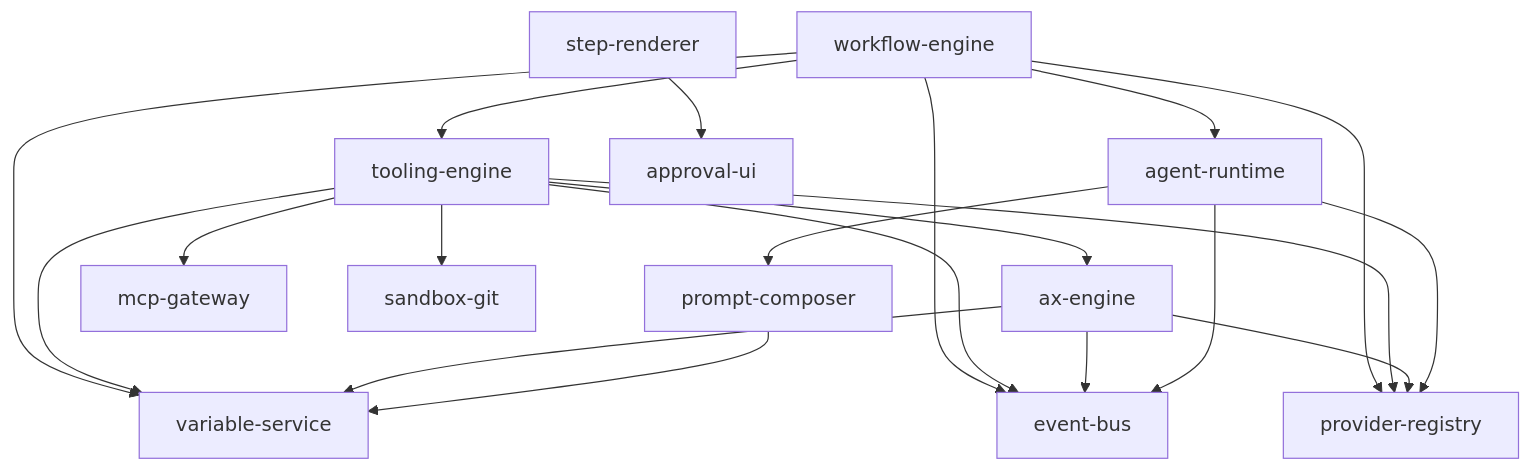
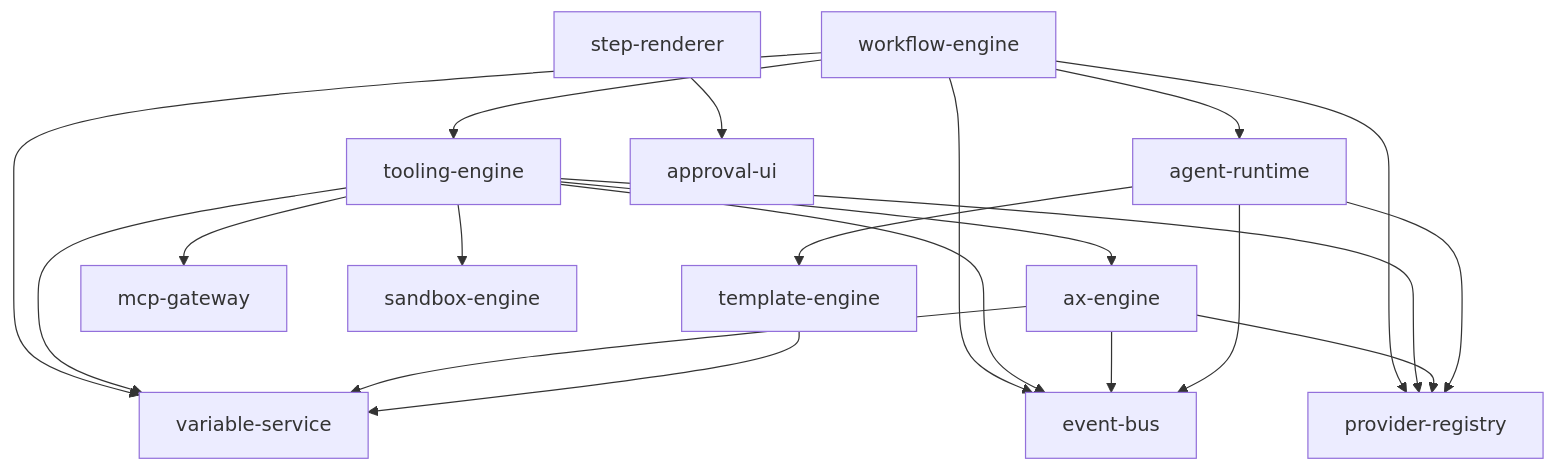
One commit to FahadAlothman-fsd/chiron-desk changed the diagram in _bmad-output/planning-artifacts/architecture/chiron-module-structure.md. Above: the diagram before and after it, drawn with Mermaid. The commit also changed other lines of this file and 158 other files, not shown here.

````diff
--- a/_bmad-output/planning-artifacts/architecture/chiron-module-structure.md
+++ b/_bmad-output/planning-artifacts/architecture/chiron-module-structure.md
@@ -7,40 +7,40 @@
 ```mermaid
 flowchart TD
   workflow_engine[workflow-engine]
   tooling_engine[tooling-engine]
   variable_service[variable-service]
   event_bus[event-bus]
   provider_registry[provider-registry]
   agent_runtime[agent-runtime]
-  prompt_composer[prompt-composer]
+  prompt_composer[template-engine]
   ax_engine[ax-engine]
   mcp_gateway[mcp-gateway]
-  sandbox_git[sandbox-git]
+  sandbox_git[sandbox-engine]
   step_renderer[step-renderer]
   approval_ui[approval-ui]
 
   workflow_engine --> tooling_engine
   workflow_engine --> variable_service
   workflow_engine --> event_bus
   workflow_engine --> agent_runtime
   workflow_engine --> provider_registry
 
   tooling_engine --> variable_service
   tooling_engine --> event_bus
   tooling_engine --> provider_registry
   tooling_engine --> ax_engine
   tooling_engine --> mcp_gateway
   tooling_engine --> sandbox_git
 
   ax_engine --> provider_registry
   ax_engine --> event_bus
   ax_engine --> variable_service
 
   agent_runtime --> prompt_composer
   agent_runtime --> provider_registry
   agent_runtime --> event_bus
 
   prompt_composer --> variable_service
 
   step_renderer --> approval_ui
 ```
````
